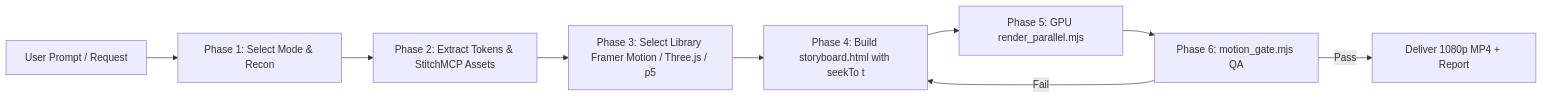
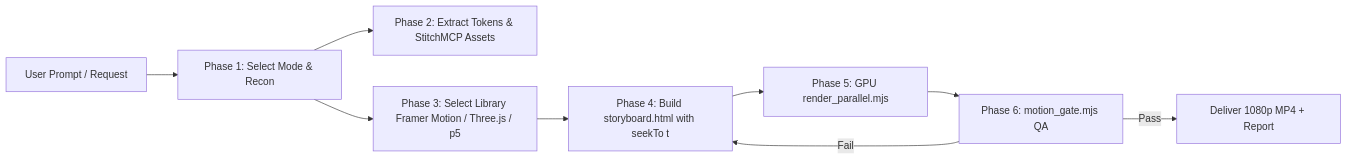
Before and after one commit to AhmedNasser-bug/codebase-motion-graphics: the diagram in SKILL.md, drawn with Mermaid. The commit also changed other lines of this file and 1 other file, not shown here.

Commit message:
feat: add Mode 6 (Tutorial motion graphics) and tutorial_storyboard_template.html

````diff
--- a/SKILL.md
+++ b/SKILL.md
@@ -64,11 +69,11 @@
 ```mermaid
 flowchart LR
   A[User Prompt / Request] --> B[Phase 1: Select Mode & Recon]
   B --> C[Phase 2: Extract Tokens & StitchMCP Assets]
-  C --> D[Phase 3: Select Library Framer Motion / Three.js / p5]
+  B --> D[Phase 3: Select Library Framer Motion / Three.js / p5]
   D --> E[Phase 4: Build storyboard.html with seekTo t]
   E --> F[Phase 5: GPU render_parallel.mjs]
   F --> G[Phase 6: motion_gate.mjs QA]
   G -->|Pass| H[Deliver 1080p MP4 + Report]
   G -->|Fail| E
 ```
````
